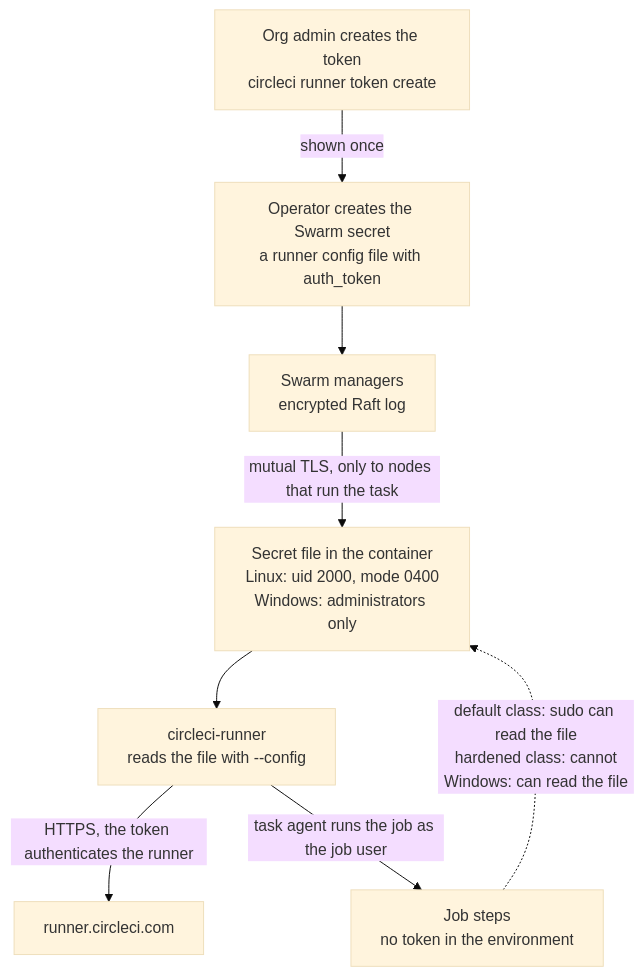
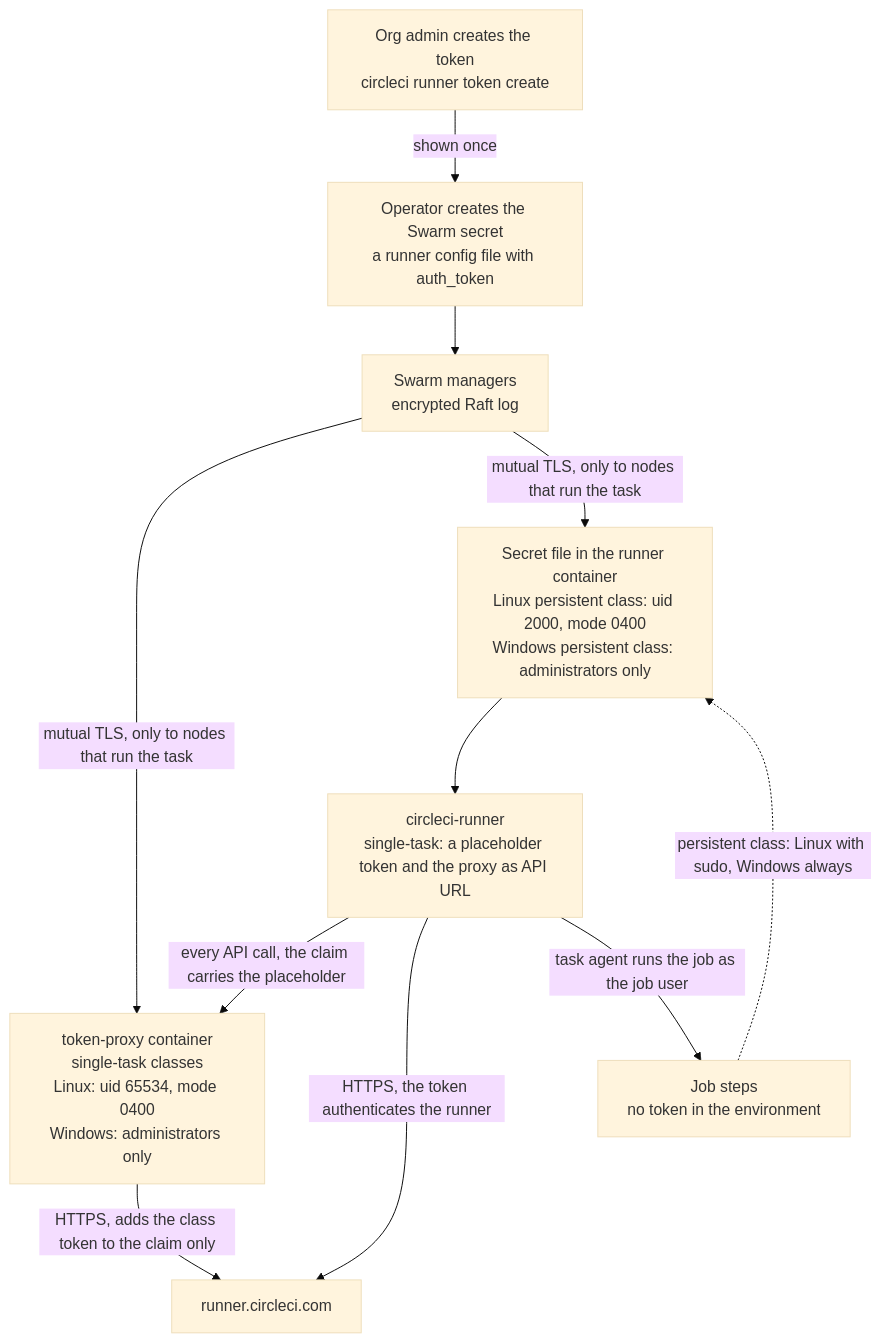
The diagram in docs/security.md (CircleCI-Labs/scalable-machine-runner), drawn with Mermaid (base theme) before and after one commit. The commit also changed other lines of this file and 14 other files, not shown here.

First line of the commit message:
docs: describe the token proxy, its distribution, its state, and what an outage does

````diff
--- a/docs/security.md
+++ b/docs/security.md
@@ -49,18 +49,22 @@
 ```mermaid
 flowchart TB
   cli["Org admin creates the token<br/>circleci runner token create"]
   op["Operator creates the Swarm secret<br/>a runner config file with auth_token"]
   raft["Swarm managers<br/>encrypted Raft log"]
-  file["Secret file in the container<br/>Linux: uid 2000, mode 0400<br/>Windows: administrators only"]
-  runner["circleci-runner<br/>reads the file with --config"]
+  proxy["token-proxy container<br/>single-task classes<br/>Linux: uid 65534, mode 0400<br/>Windows: administrators only"]
+  file["Secret file in the runner container<br/>Linux persistent class: uid 2000, mode 0400<br/>Windows persistent class: administrators only"]
+  runner["circleci-runner<br/>single-task: a placeholder token and the proxy as API URL"]
   api["runner.circleci.com"]
   job["Job steps<br/>no token in the environment"]
 
   cli -- "shown once" --> op
   op --> raft
+  raft -- "mutual TLS, only to nodes that run the task" --> proxy
   raft -- "mutual TLS, only to nodes that run the task" --> file
+  runner -- "every API call, the claim carries the placeholder" --> proxy
+  proxy -- "HTTPS, adds the class token to the claim only" --> api
   file --> runner
   runner -- "HTTPS, the token authenticates the runner" --> api
   runner -- "task agent runs the job as the job user" --> job
-  job -. "default class: sudo can read the file<br/>hardened class: cannot<br/>Windows: can read the file" .-> file
+  job -. "persistent class: Linux with sudo, Windows always" .-> file
 ```
````
